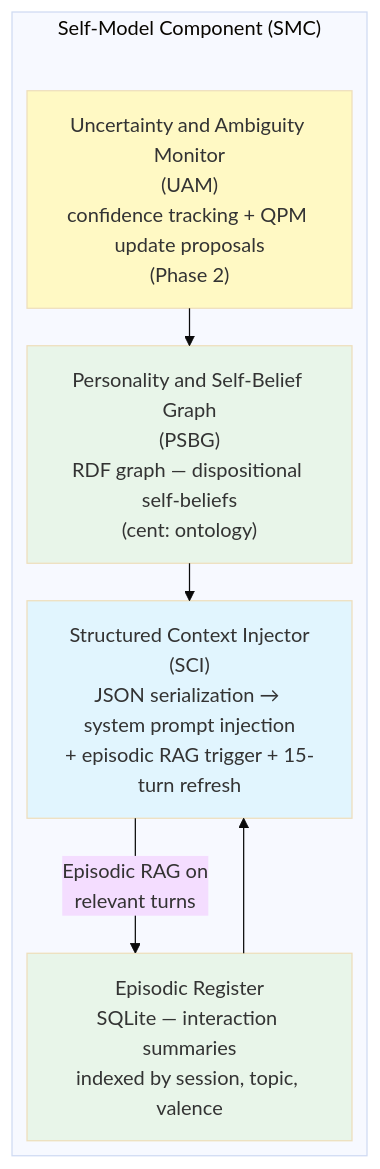
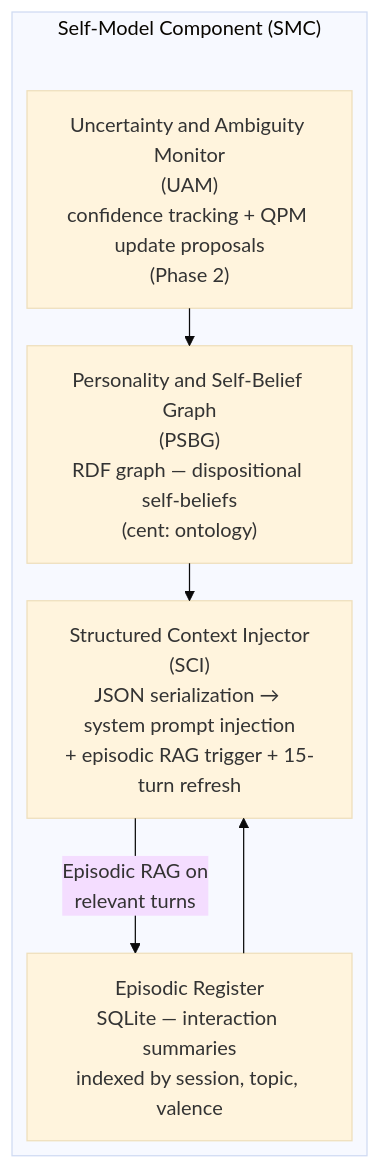
One commit to JustForCodin/Centaurian_Architecture_Implementation changed diagram 18 of 18 in Centaurian_Hybrid_Architecture_v3.md. Above: the diagram before and after it, drawn with Mermaid (base theme). The commit also changed other lines of this file, not shown here.

First line of the commit message:
v3 paper: node-graph rendering, Phase 1/2 domain split, persona-coherence reframe

````diff
--- a/Centaurian_Hybrid_Architecture_v3.md
+++ b/Centaurian_Hybrid_Architecture_v3.md
@@ -2378,18 +2347,14 @@
 ```mermaid
 %%{init: {"flowchart": {"defaultRenderer": "elk"}} }%%
 graph TD
     subgraph "Self-Model Component (SMC)"
         PSBG["Personality and Self-Belief Graph<br/>(PSBG)<br/>RDF graph — dispositional self-beliefs<br/>(cent: ontology)"]
         ER["Episodic Register<br/>SQLite — interaction summaries<br/>indexed by session, topic, valence"]
         UAM["Uncertainty and Ambiguity Monitor<br/>(UAM)<br/>confidence tracking + QPM update proposals<br/>(Phase 2)"]
         SCI["Structured Context Injector<br/>(SCI)<br/>JSON serialization → system prompt injection<br/>+ episodic RAG trigger + 15-turn refresh"]
         PSBG --> SCI
         ER --> SCI
         UAM --> PSBG
         SCI -->|"Episodic RAG on<br/>relevant turns"| ER
     end
-    style PSBG fill:#e8f5e9
-    style ER fill:#e8f5e9
-    style UAM fill:#fff9c4
-    style SCI fill:#e1f5fe
 ```
````
